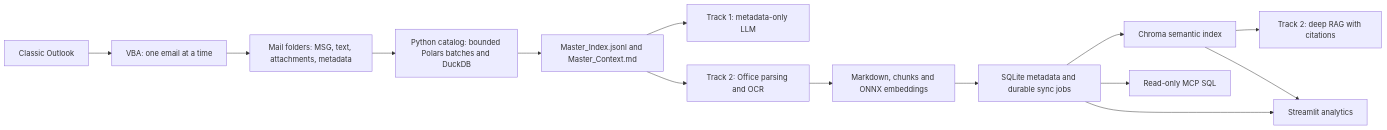
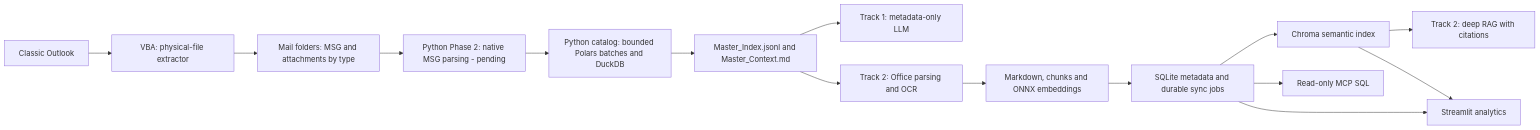
One commit to drgoyo/ExportWipe-OutlookData changed the diagram in README.md. Above: the diagram before and after it, drawn with Mermaid. The commit also changed other lines of this file and 9 other files, not shown here.

Commit message:
refactor(vba): streamline extractor to output only msg and physical attachments

````diff
--- a/README.md
+++ b/README.md
@@ -13,16 +19,17 @@
 ```mermaid
 flowchart LR
-    O[Classic Outlook] --> V[VBA: one email at a time]
-    V --> F[Mail folders: MSG, text, attachments, metadata]
-    F --> C[Python catalog: bounded Polars batches and DuckDB]
+    O[Classic Outlook] --> V[VBA: physical-file extractor]
+    V --> F[Mail folders: MSG and attachments by type]
+    F --> MP[Python Phase 2: native MSG parsing - pending]
+    MP --> C[Python catalog: bounded Polars batches and DuckDB]
     C --> I[Master_Index.jsonl and Master_Context.md]
     I --> T1[Track 1: metadata-only LLM]
     I --> P[Track 2: Office parsing and OCR]
     P --> E[Markdown, chunks and ONNX embeddings]
     E --> SQL[SQLite metadata and durable sync jobs]
     SQL --> VC[Chroma semantic index]
     SQL --> MCP[Read-only MCP SQL]
     VC --> T2[Track 2: deep RAG with citations]
     SQL --> A[Streamlit analytics]
     VC --> A
 ```
````
